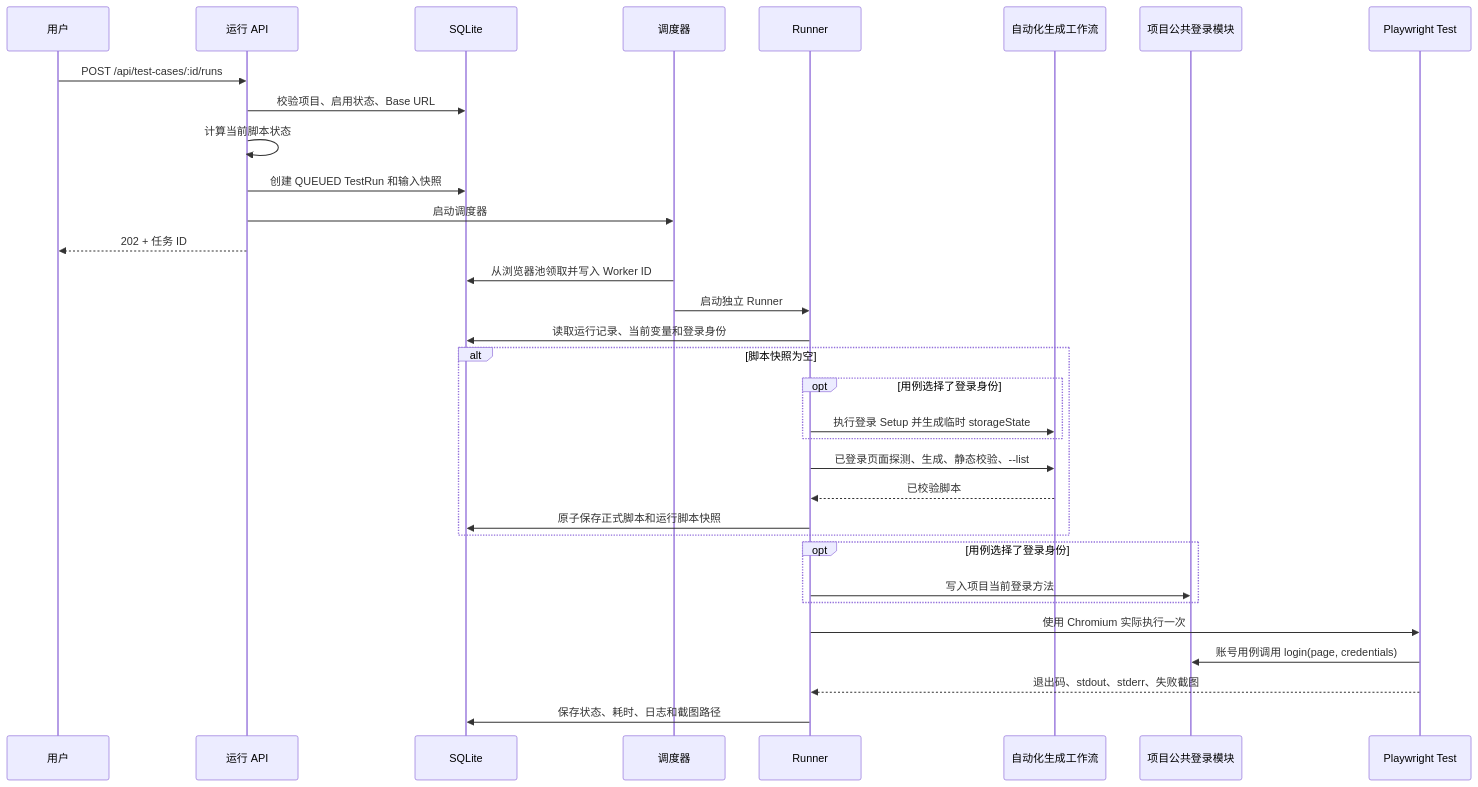
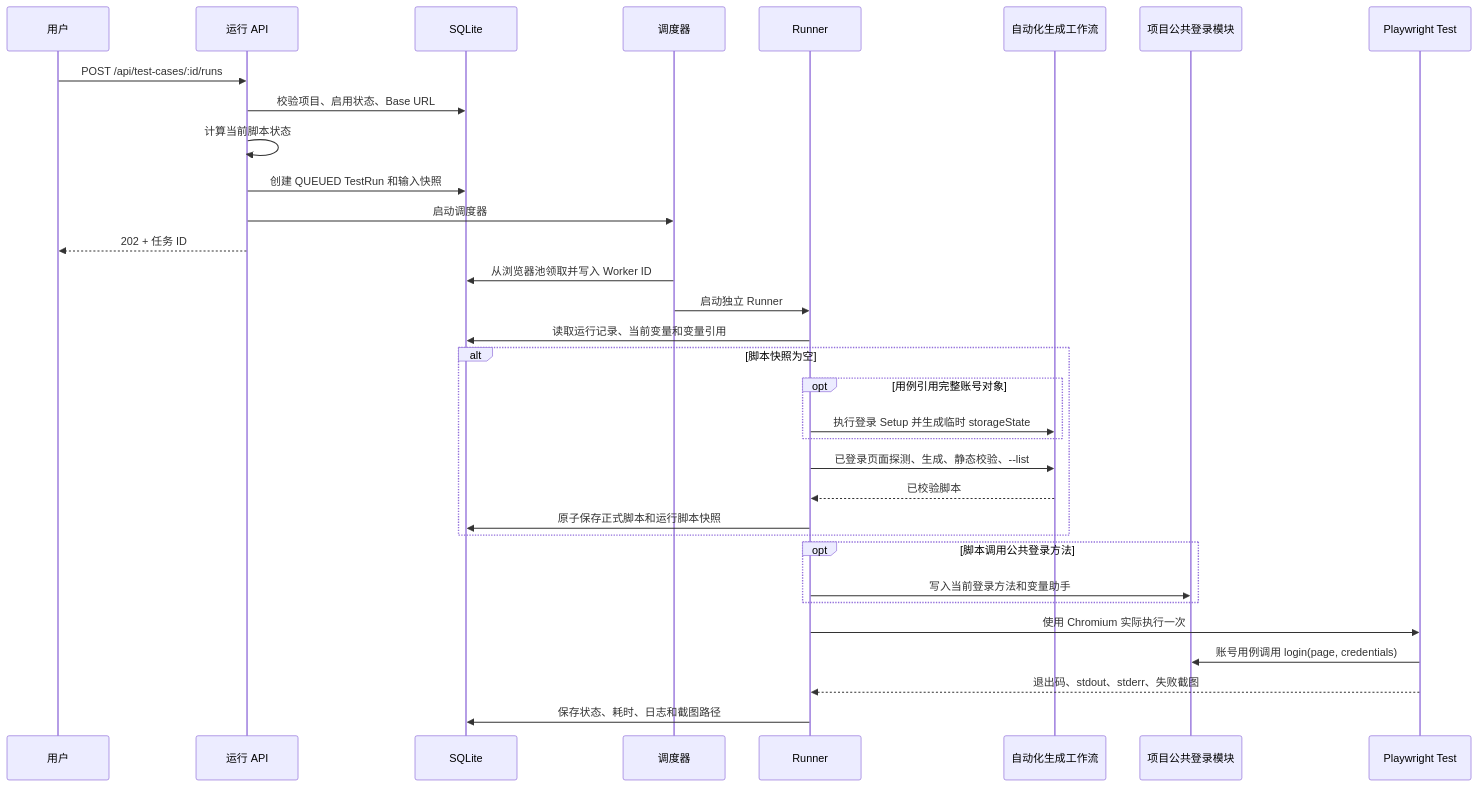
Before and after one commit to qianzgcn/spec-chain: the tenth of 10 diagrams in docs/代码架构与运行机制.md, drawn with Mermaid. The commit also changed other lines of this file and 82 other files, not shown here.

````diff
--- a/docs/代码架构与运行机制.md
+++ b/docs/代码架构与运行机制.md
@@ -1790,36 +1791,36 @@
 ```mermaid
 sequenceDiagram
   participant U as 用户
   participant API as 运行 API
   participant D as SQLite
   participant S as 调度器
   participant R as Runner
   participant A as 自动化生成工作流
   participant L as 项目公共登录模块
   participant P as Playwright Test
 
   U->>API: POST /api/test-cases/:id/runs
   API->>D: 校验项目、启用状态、Base URL
   API->>API: 计算当前脚本状态
   API->>D: 创建 QUEUED TestRun 和输入快照
   API->>S: 启动调度器
   API-->>U: 202 + 任务 ID
   S->>D: 从浏览器池领取并写入 Worker ID
   S->>R: 启动独立 Runner
-  R->>D: 读取运行记录、当前变量和登录身份
+  R->>D: 读取运行记录、当前变量和变量引用
   alt 脚本快照为空
-    opt 用例选择了登录身份
+    opt 用例引用完整账号对象
       R->>A: 执行登录 Setup 并生成临时 storageState
     end
     R->>A: 已登录页面探测、生成、静态校验、--list
     A-->>R: 已校验脚本
     R->>D: 原子保存正式脚本和运行脚本快照
   end
-  opt 用例选择了登录身份
-    R->>L: 写入项目当前登录方法
+  opt 脚本调用公共登录方法
+    R->>L: 写入当前登录方法和变量助手
   end
   R->>P: 使用 Chromium 实际执行一次
   P->>L: 账号用例调用 login(page, credentials)
   P-->>R: 退出码、stdout、stderr、失败截图
   R->>D: 保存状态、耗时、日志和截图路径
 ```
````
